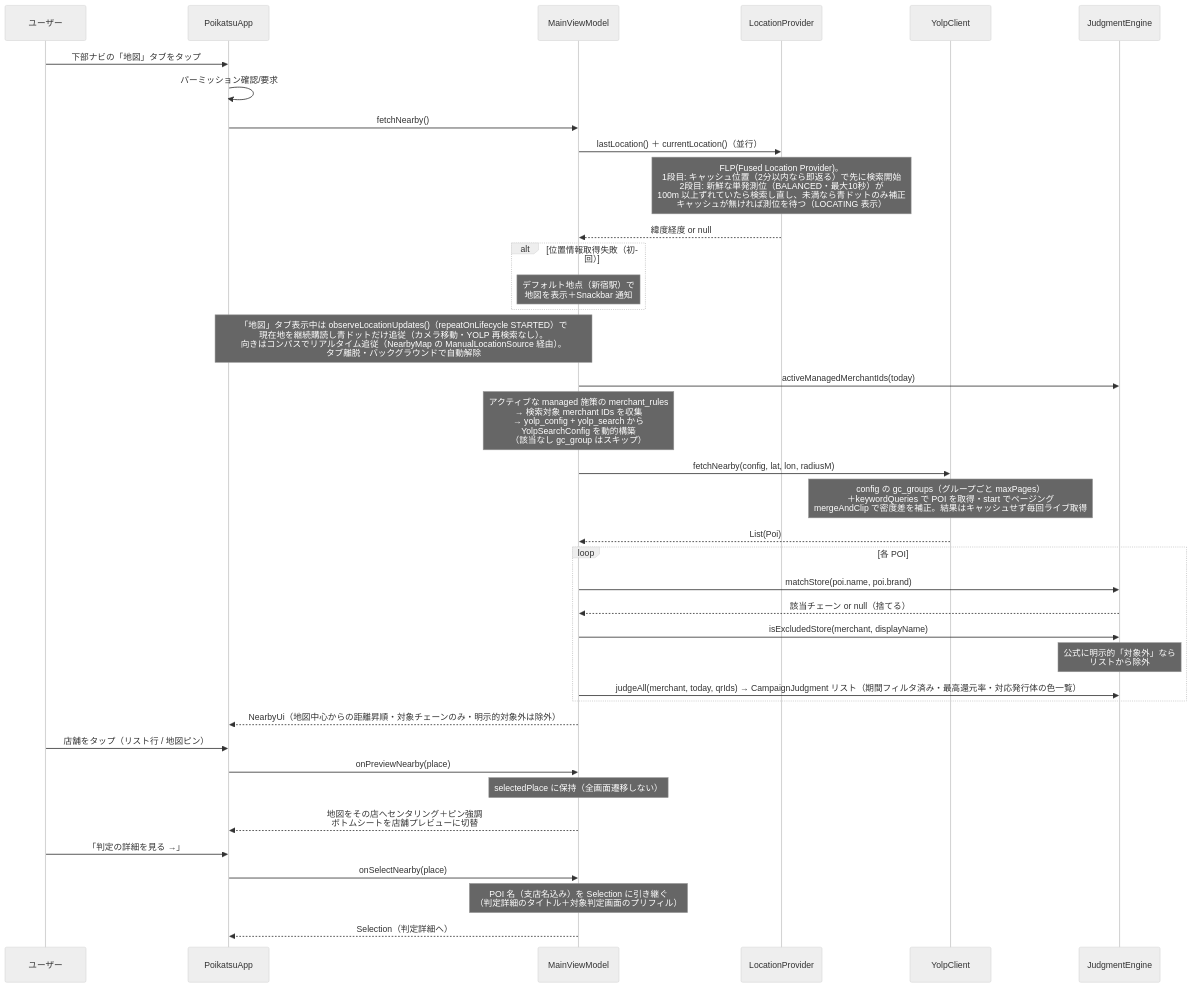
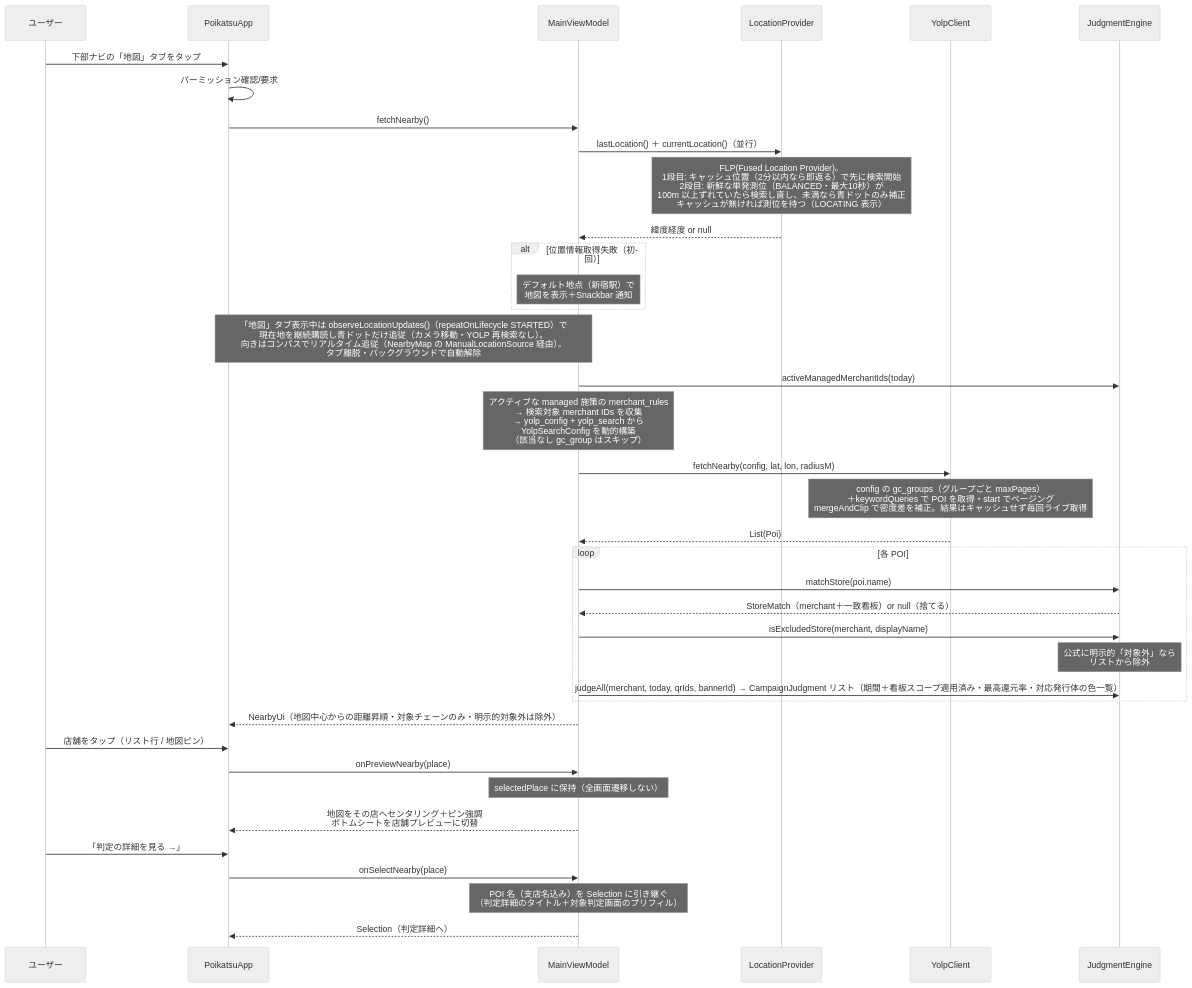
One commit to ktakjm/poikatsu changed the sixth of 6 diagrams in docs/code-guide.md. Above: the diagram before and after it, drawn with Mermaid (neutral theme). The commit also changed other lines of this file and 2 other files, not shown here.

First line of the commit message:
docs: 系列と看板の2階層を code-guide/roadmap/mapping に反映 (#60)

````diff
--- a/docs/code-guide.md
+++ b/docs/code-guide.md
@@ -543,41 +555,41 @@
 ```mermaid
 sequenceDiagram
     participant U as ユーザー
     participant SC as PoikatsuApp
     participant VM as MainViewModel
     participant LP as LocationProvider
     participant YC as YolpClient
     participant JE as JudgmentEngine
 
     U->>SC: 下部ナビの「地図」タブをタップ
     SC->>SC: パーミッション確認/要求
     SC->>VM: fetchNearby()
     VM->>LP: lastLocation() ＋ currentLocation()（並行）
     Note over LP: FLP(Fused Location Provider)。<br/>1段目: キャッシュ位置（2分以内なら即返る）で先に検索開始<br/>2段目: 新鮮な単発測位（BALANCED・最大10秒）が<br/>100m 以上ずれていたら検索し直し、未満なら青ドットのみ補正<br/>キャッシュが無ければ測位を待つ（LOCATING 表示）
     LP-->>VM: 緯度経度 or null
     alt 位置情報取得失敗（初回）
         Note over VM: デフォルト地点（新宿駅）で<br/>地図を表示＋Snackbar 通知
     end
     Note over SC,VM: 「地図」タブ表示中は observeLocationUpdates()（repeatOnLifecycle STARTED）で<br/>現在地を継続購読し青ドットだけ追従（カメラ移動・YOLP 再検索なし）。<br/>向きはコンパスでリアルタイム追従（NearbyMap の ManualLocationSource 経由）。<br/>タブ離脱・バックグラウンドで自動解除
     VM->>JE: activeManagedMerchantIds(today)
     Note over VM: アクティブな managed 施策の merchant_rules<br/>→ 検索対象 merchant IDs を収集<br/>→ yolp_config + yolp_search から<br/>YolpSearchConfig を動的構築<br/>（該当なし gc_group はスキップ）
     VM->>YC: fetchNearby(config, lat, lon, radiusM)
     Note over YC: config の gc_groups（グループごと maxPages）<br/>＋keywordQueries で POI を取得・start でページング<br/>mergeAndClip で密度差を補正。結果はキャッシュせず毎回ライブ取得
     YC-->>VM: List(Poi)
     loop 各 POI
-        VM->>JE: matchStore(poi.name, poi.brand)
-        JE-->>VM: 該当チェーン or null（捨てる）
+        VM->>JE: matchStore(poi.name)
+        JE-->>VM: StoreMatch（merchant＋一致看板）or null（捨てる）
         VM->>JE: isExcludedStore(merchant, displayName)
         Note over JE: 公式に明示的「対象外」なら<br/>リストから除外
-        VM->>JE: judgeAll(merchant, today, qrIds) → CampaignJudgment リスト（期間フィルタ済み・最高還元率・対応発行体の色一覧）
+        VM->>JE: judgeAll(merchant, today, qrIds, bannerId) → CampaignJudgment リスト（期間＋看板スコープ適用済み・最高還元率・対応発行体の色一覧）
     end
     VM-->>SC: NearbyUi（地図中心からの距離昇順・対象チェーンのみ・明示的対象外は除外）
     U->>SC: 店舗をタップ（リスト行 / 地図ピン）
     SC->>VM: onPreviewNearby(place)
     Note over VM: selectedPlace に保持（全画面遷移しない）
     VM-->>SC: 地図をその店へセンタリング＋ピン強調<br/>ボトムシートを店舗プレビューに切替
     U->>SC: 「判定の詳細を見る →」
     SC->>VM: onSelectNearby(place)
     Note over VM: POI 名（支店名込み）を Selection に引き継ぐ<br/>（判定詳細のタイトル＋対象判定画面のプリフィル）
     VM-->>SC: Selection（判定詳細へ）
 ```
````
